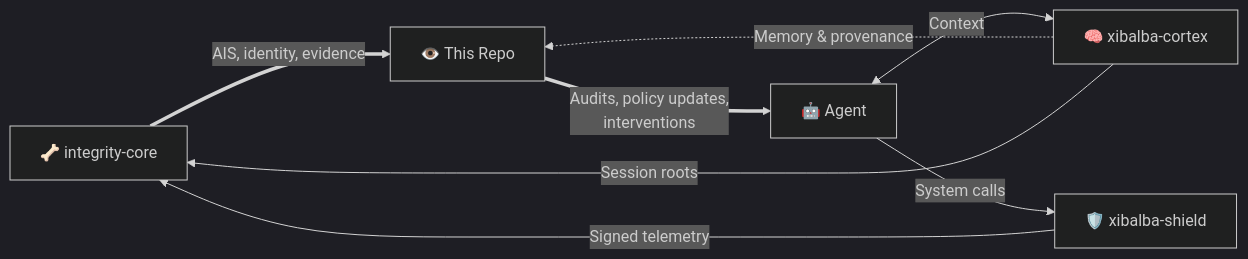
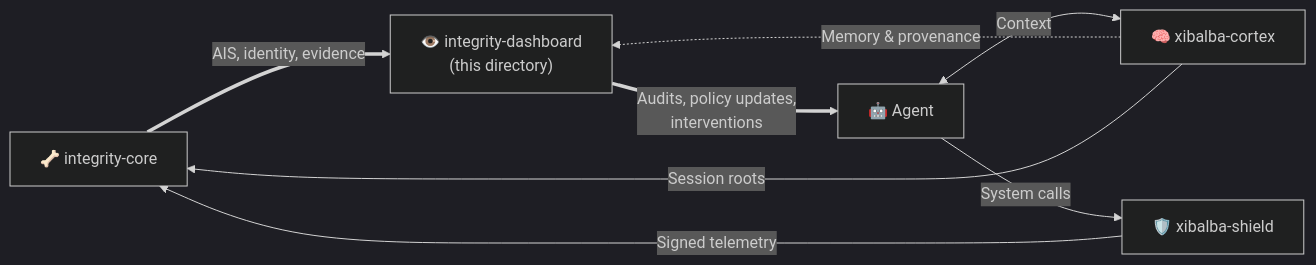
Before and after one commit to XibalbaTechSol/integrity-console: the diagram in integrity-dashboard/SPECIFICATION.md, drawn with Mermaid (dark theme). The commit also changed other lines of this file and 3 other files, not shown here.

First line of the commit message:
Correct ecosystem docs: 3 repos, not 4 (integrity-mvp superseded by integrity-dashboard/)

````diff
--- a/integrity-dashboard/SPECIFICATION.md
+++ b/integrity-dashboard/SPECIFICATION.md
@@ -31,10 +35,10 @@
 ```mermaid
 flowchart LR
-    Backbone["🦴 integrity-core"] ==>|"AIS, identity, evidence"| Eyes["👁️ This Repo"]
+    Backbone["🦴 integrity-core"] ==>|"AIS, identity, evidence"| Eyes["👁️ integrity-dashboard<br/>(this directory)"]
     Brain["🧠 xibalba-cortex"] -.->|"Memory & provenance"| Eyes
     Eyes ==>|"Audits, policy updates,<br/>interventions"| Agent["🤖 Agent"]
     Agent <-->|"Context"| Brain
     Agent -->|"System calls"| Immune["🛡️ xibalba-shield"]
     Immune -->|"Signed telemetry"| Backbone
     Brain -->|"Session roots"| Backbone
 ```
````
